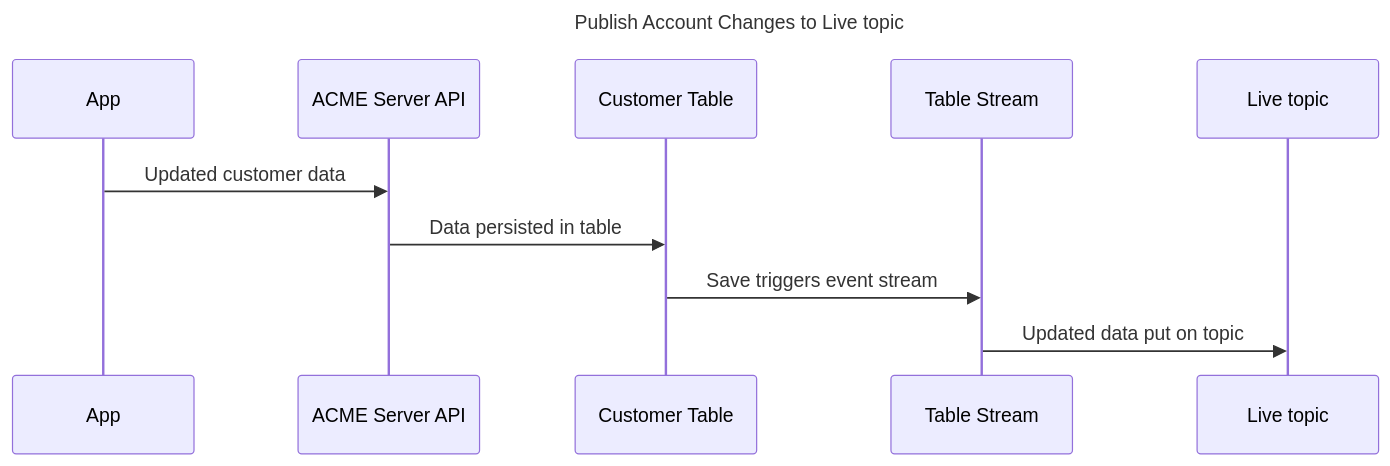
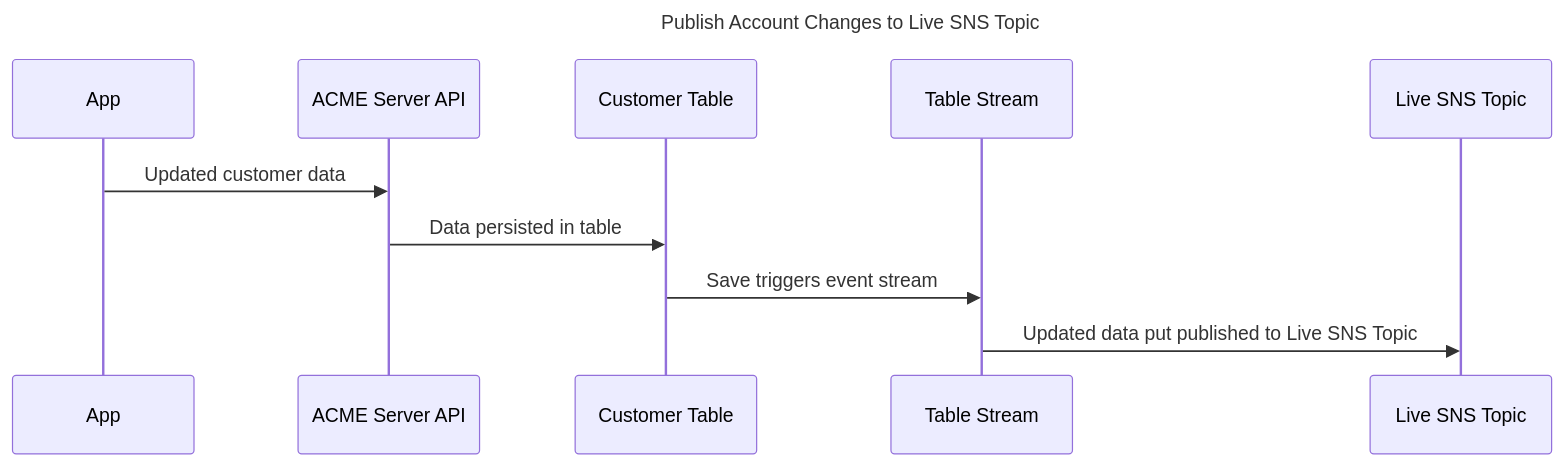
One commit to rickhohler/live-edit-architecture changed the third of 3 diagrams in README.md. Above: the diagram before and after it, drawn with Mermaid. The commit also changed other lines of this file, not shown here.

````diff
--- a/README.md
+++ b/README.md
@@ -78,8 +82,8 @@
 ```mermaid
 sequenceDiagram
-  title Publish Account Changes to Live topic
+  title Publish Account Changes to Live SNS Topic
   App->>ACME Server API: Updated customer data
   ACME Server API->>Customer Table: Data persisted in table
   Customer Table->>Table Stream: Save triggers event stream
-  Table Stream->>Live topic: Updated data put on topic
+  Table Stream->>Live SNS Topic: Updated data put published to Live SNS Topic
 ```
````
